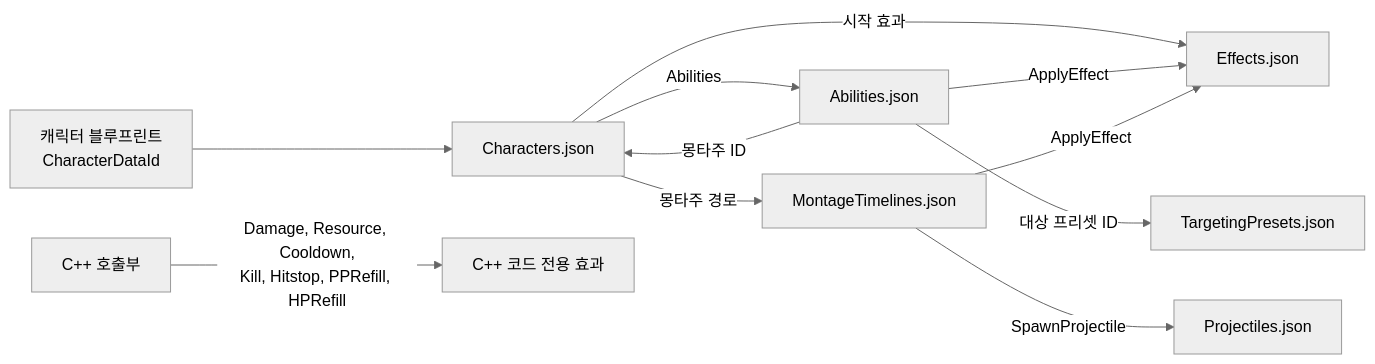
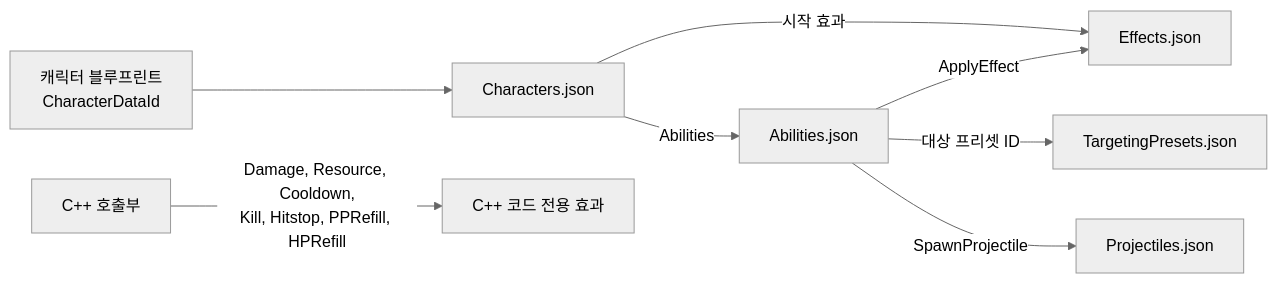
One commit to Woogl/Ag changed the first of 2 diagrams in Docs/Architecture/데이터 로딩과 스키마.md. Above: the diagram before and after it, drawn with Mermaid (neutral theme). The commit also changed other lines of this file and 11 other files, not shown here.

````diff
--- a/Docs/Architecture/데이터 로딩과 스키마.md
+++ b/Docs/Architecture/데이터 로딩과 스키마.md
@@ -47,13 +45,10 @@
 ```mermaid
 flowchart LR
     BP["캐릭터 블루프린트<br>CharacterDataId"] --> C["Characters.json"]
     C -->|"Abilities"| A["Abilities.json"]
     C -->|"시작 효과"| E["Effects.json"]
-    A -->|"몽타주 ID"| C
     A -->|"ApplyEffect"| E
     A -->|"대상 프리셋 ID"| G["TargetingPresets.json"]
-    C -->|"몽타주 경로"| T["MontageTimelines.json"]
-    T -->|"ApplyEffect"| E
-    T -->|"SpawnProjectile"| P["Projectiles.json"]
+    A -->|"SpawnProjectile"| P["Projectiles.json"]
     K["C++ 호출부"] -->|"Damage, Resource, Cooldown,<br>Kill, Hitstop, PPRefill, HPRefill"| N["C++ 코드 전용 효과"]
 ```
````
